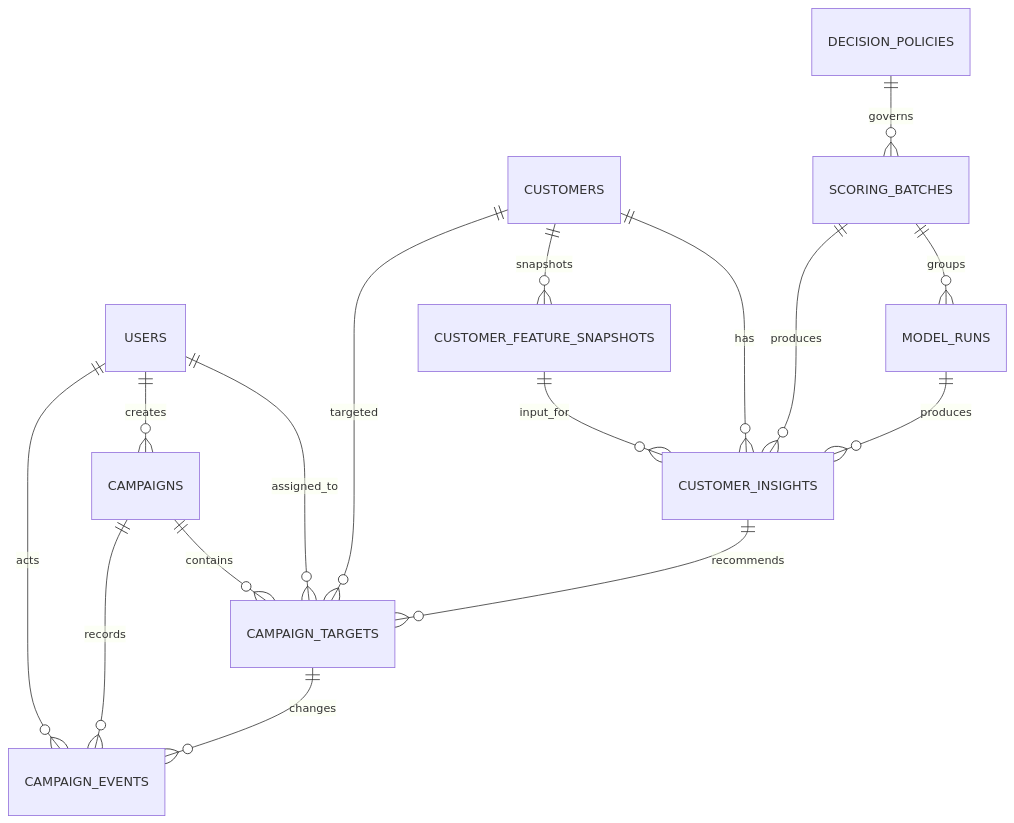
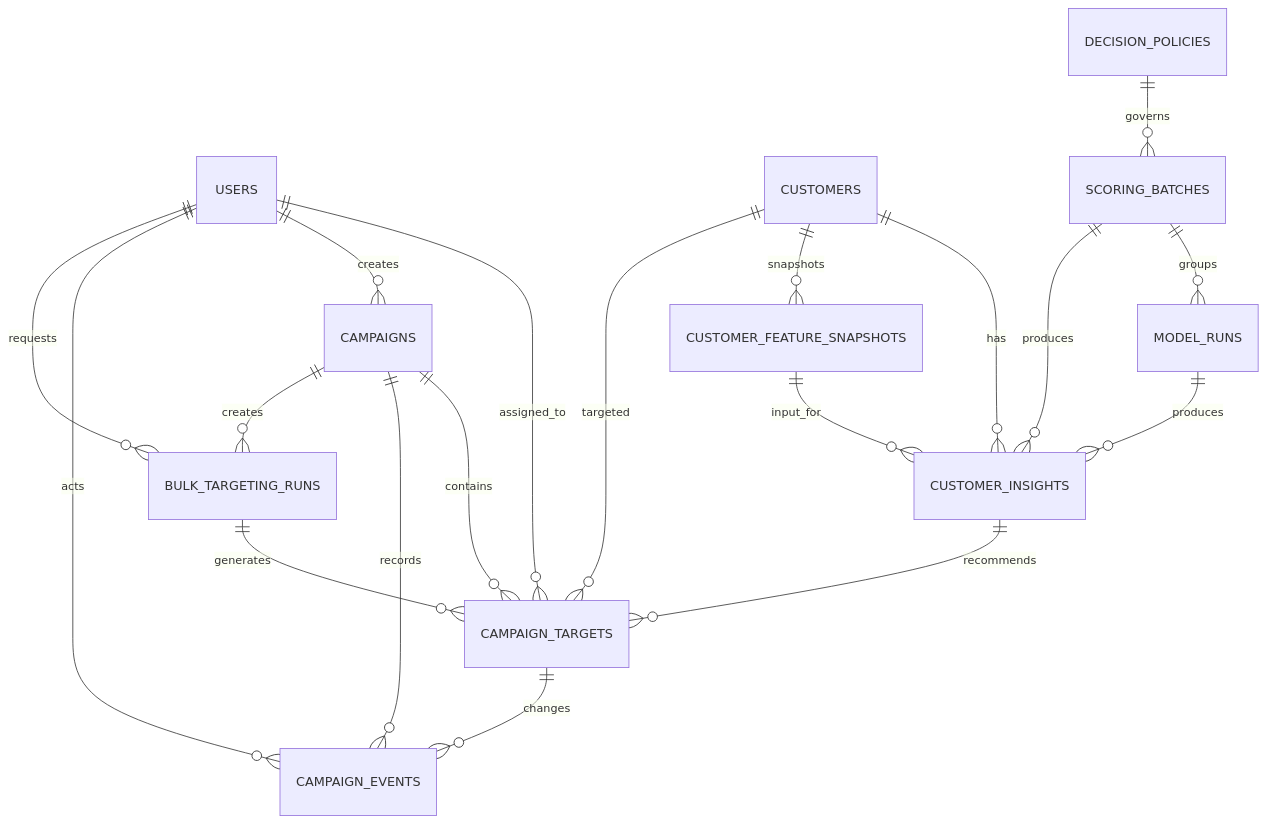
Before and after one commit to SKN-34-castleuk/SKN34-2nd-4Team: the diagram in docs/database_schema.md, drawn with Mermaid. The commit also changed other lines of this file and 22 other files, not shown here.

````diff
--- a/docs/database_schema.md
+++ b/docs/database_schema.md
@@ -12,18 +12,21 @@
 ```mermaid
 erDiagram
     USERS ||--o{ CAMPAIGN_TARGETS : assigned_to
     USERS ||--o{ CAMPAIGNS : creates
     USERS ||--o{ CAMPAIGN_EVENTS : acts
     CUSTOMERS ||--o{ CUSTOMER_INSIGHTS : has
     CUSTOMERS ||--o{ CUSTOMER_FEATURE_SNAPSHOTS : snapshots
     CUSTOMER_FEATURE_SNAPSHOTS ||--o{ CUSTOMER_INSIGHTS : input_for
     CUSTOMERS ||--o{ CAMPAIGN_TARGETS : targeted
     DECISION_POLICIES ||--o{ SCORING_BATCHES : governs
     SCORING_BATCHES ||--o{ MODEL_RUNS : groups
     SCORING_BATCHES ||--o{ CUSTOMER_INSIGHTS : produces
     MODEL_RUNS ||--o{ CUSTOMER_INSIGHTS : produces
     CUSTOMER_INSIGHTS ||--o{ CAMPAIGN_TARGETS : recommends
     CAMPAIGNS ||--o{ CAMPAIGN_TARGETS : contains
     CAMPAIGNS ||--o{ CAMPAIGN_EVENTS : records
     CAMPAIGN_TARGETS ||--o{ CAMPAIGN_EVENTS : changes
+    USERS ||--o{ BULK_TARGETING_RUNS : requests
+    CAMPAIGNS ||--o{ BULK_TARGETING_RUNS : creates
+    BULK_TARGETING_RUNS ||--o{ CAMPAIGN_TARGETS : generates
 ```
````
